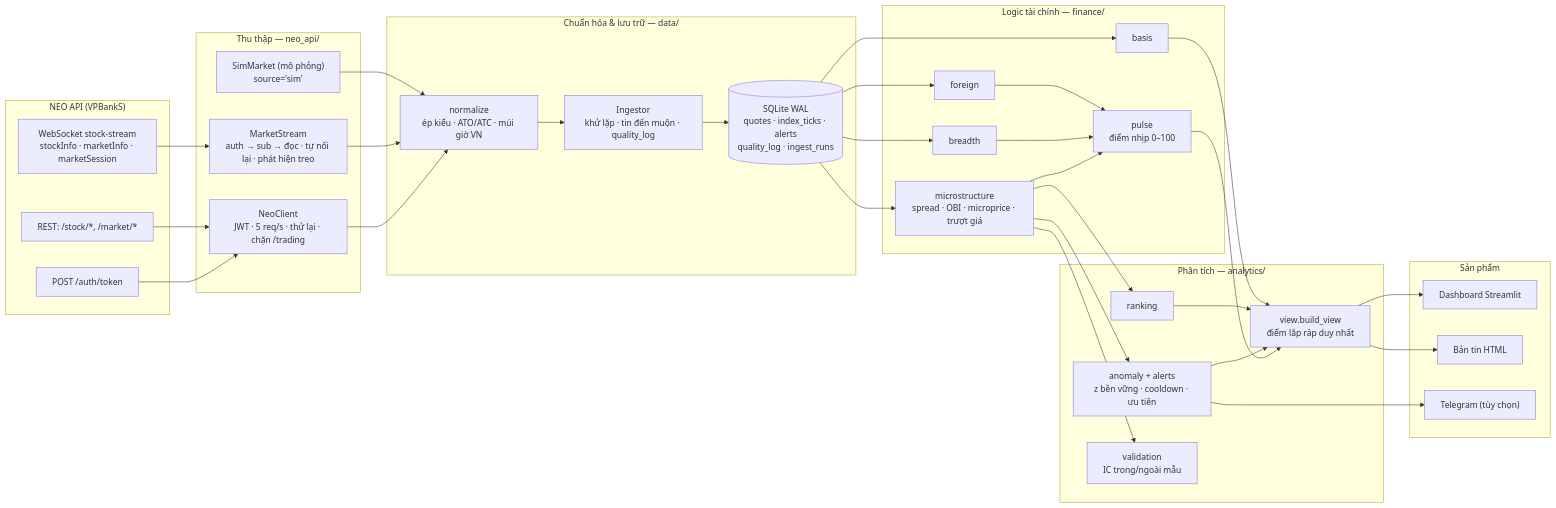
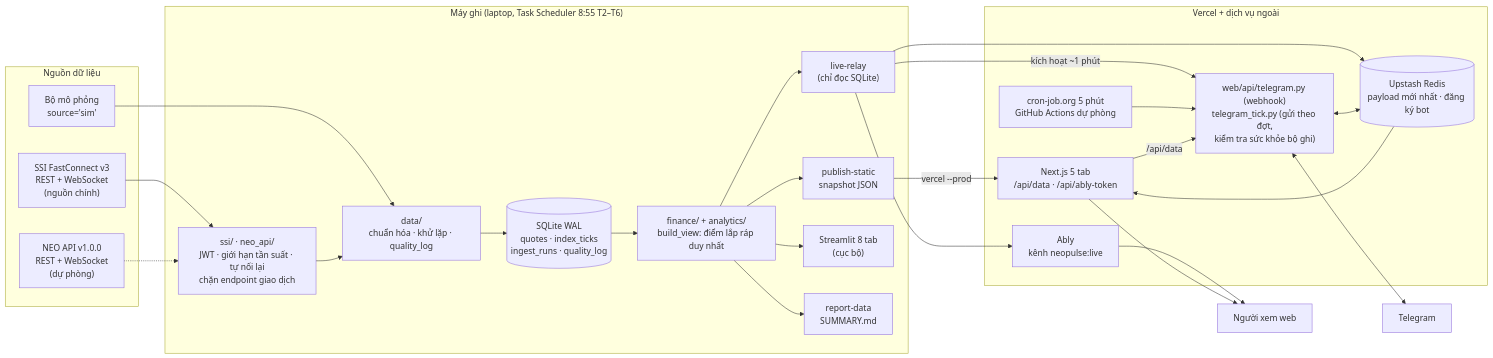
One commit to thienanpham160806-code/neopulse-radar changed the diagram in docs/architecture.md. Above: the diagram before and after it, drawn with Mermaid. The commit also changed other lines of this file and 9 other files, not shown here.

First line of the commit message:
docs: README và tài liệu khớp hiện trạng SSI, web 5 tab, bot

````diff
--- a/docs/architecture.md
+++ b/docs/architecture.md
@@ -3,49 +5,43 @@
 ```mermaid
 flowchart LR
-    subgraph NEO["NEO API (VPBankS)"]
-        AUTH["POST /auth/token"]
-        REST["REST: /stock/*, /market/*"]
-        WS["WebSocket stock-stream<br/>stockInfo · marketInfo · marketSession"]
+    subgraph SRC["Nguồn dữ liệu"]
+        SSI["SSI FastConnect v3<br/>REST + WebSocket<br/>(nguồn chính)"]
+        NEO["NEO API v1.0.0<br/>REST + WebSocket<br/>(dự phòng)"]
+        SIM["Bộ mô phỏng<br/>source='sim'"]
     end
-    subgraph COLLECT["Thu thập — neo_api/"]
-        CLIENT["NeoClient<br/>JWT · 5 req/s · thử lại · chặn /trading"]
-        STREAM["MarketStream<br/>auth → sub → đọc · tự nối lại · phát hiện treo"]
-        SIM["SimMarket (mô phỏng)<br/>source='sim'"]
+    subgraph LAPTOP["Máy ghi (laptop, Task Scheduler 8:55 T2–T6)"]
+        COLLECT["ssi/ · neo_api/<br/>JWT · giới hạn tần suất · tự nối lại<br/>chặn endpoint giao dịch"]
+        DATA["data/<br/>chuẩn hóa · khử lặp · quality_log"]
+        DB[("SQLite WAL<br/>quotes · index_ticks<br/>ingest_runs · quality_log")]
+        CORE["finance/ + analytics/<br/>build_view: điểm lắp ráp duy nhất"]
+        RELAY["live-relay<br/>(chỉ đọc SQLite)"]
+        STATIC["publish-static<br/>snapshot JSON"]
+        DASH["Streamlit 8 tab<br/>(cục bộ)"]
+        REPORT["report-data<br/>SUMMARY.md"]
     end
-    subgraph DATA["Chuẩn hóa & lưu trữ — data/"]
-        NORM["normalize<br/>ép kiểu · ATO/ATC · múi giờ VN"]
-        ING["Ingestor<br/>khử lặp · tin đến muộn · quality_log"]
-        DB[("SQLite WAL<br/>quotes · index_ticks · alerts<br/>quality_log · ingest_runs")]
+    subgraph CLOUD["Vercel + dịch vụ ngoài"]
+        ABLY["Ably<br/>kênh neopulse:live"]
+        REDIS[("Upstash Redis<br/>payload mới nhất · đăng ký bot")]
+        WEB["Next.js 5 tab<br/>/api/data · /api/ably-token"]
+        BOTAPI["web/api/telegram.py (webhook)<br/>telegram_tick.py (gửi theo đợt,<br/>kiểm tra sức khỏe bộ ghi)"]
+        CRON["cron-job.org 5 phút<br/>GitHub Actions dự phòng"]
     end
-    subgraph FIN["Logic tài chính — finance/"]
-        MICRO["microstructure<br/>spread · OBI · microprice · trượt giá"]
-        BR["breadth"] 
-        FOR["foreign"]
-        BAS["basis"]
-        PULSE["pulse<br/>điểm nhịp 0–100"]
-    end
-    subgraph ANA["Phân tích — analytics/"]
-        ANOM["anomaly + alerts<br/>z bền vững · cooldown · ưu tiên"]
-        RANK["ranking"]
-        VAL["validation<br/>IC trong/ngoài mẫu"]
-        VIEW["view.build_view<br/>điểm lắp ráp duy nhất"]
-    end
-    subgraph UI["Sản phẩm"]
-        DASH["Dashboard Streamlit"]
-        BRIEF["Bản tin HTML"]
-        TG["Telegram (tùy chọn)"]
-    end
-    AUTH --> CLIENT
-    REST --> CLIENT
-    WS --> STREAM
-    CLIENT --> NORM
-    STREAM --> NORM
-    SIM --> NORM
-    NORM --> ING --> DB
-    DB --> MICRO & BR & FOR & BAS
-    MICRO & BR & FOR --> PULSE
-    MICRO --> ANOM & RANK & VAL
-    PULSE & ANOM & RANK & BAS --> VIEW
-    VIEW --> DASH & BRIEF
-    ANOM --> TG
+    USER["Người xem web"]
+    TG["Telegram"]
+
+    SSI --> COLLECT
+    NEO -.-> COLLECT
+    SIM --> DATA
+    COLLECT --> DATA --> DB --> CORE
+    CORE --> DASH & REPORT & STATIC & RELAY
+    RELAY --> ABLY & REDIS
+    RELAY -- "kích hoạt ~1 phút" --> BOTAPI
+    STATIC -- "vercel --prod" --> WEB
+    REDIS --> WEB
+    ABLY --> USER
+    WEB --> USER
+    CRON --> BOTAPI
+    WEB -- "/api/data" --> BOTAPI
+    BOTAPI <--> REDIS
+    BOTAPI <--> TG
 ```
````
